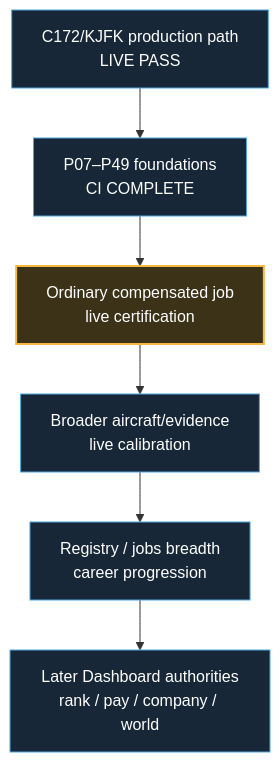
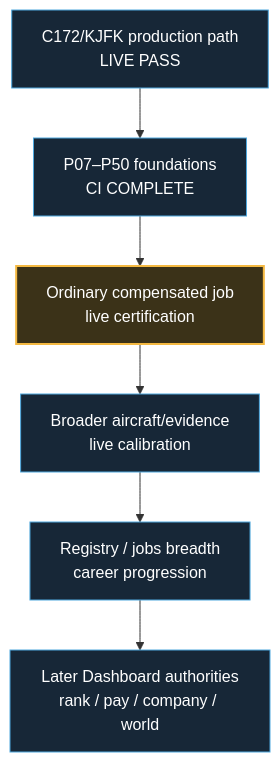
One commit to dhavalpddn-eng/OpenCareer changed the second of 2 diagrams in docs/development-master-checklist.md. Above: the diagram before and after it, drawn with Mermaid. The commit also changed other lines of this file and 2 other files, not shown here.

````diff
--- a/docs/development-master-checklist.md
+++ b/docs/development-master-checklist.md
@@ -54,13 +54,13 @@
 ```mermaid
 flowchart TD
-    A["C172/KJFK production path<br/>LIVE PASS"] --> B["P07–P49 foundations<br/>CI COMPLETE"]
+    A["C172/KJFK production path<br/>LIVE PASS"] --> B["P07–P50 foundations<br/>CI COMPLETE"]
     B --> C["Ordinary compensated job<br/>live certification"]
     C --> D["Broader aircraft/evidence<br/>live calibration"]
     D --> E["Registry / jobs breadth<br/>career progression"]
     E --> F["Later Dashboard authorities<br/>rank / pay / company / world"]
 
     classDef next fill:#3b3218,stroke:#F4B942,color:#fff,stroke-width:2px;
     classDef future fill:#172737,stroke:#4EA8DE,color:#fff,stroke-width:1px;
     class C next;
     class A,B,D,E,F future;
 ```
````
